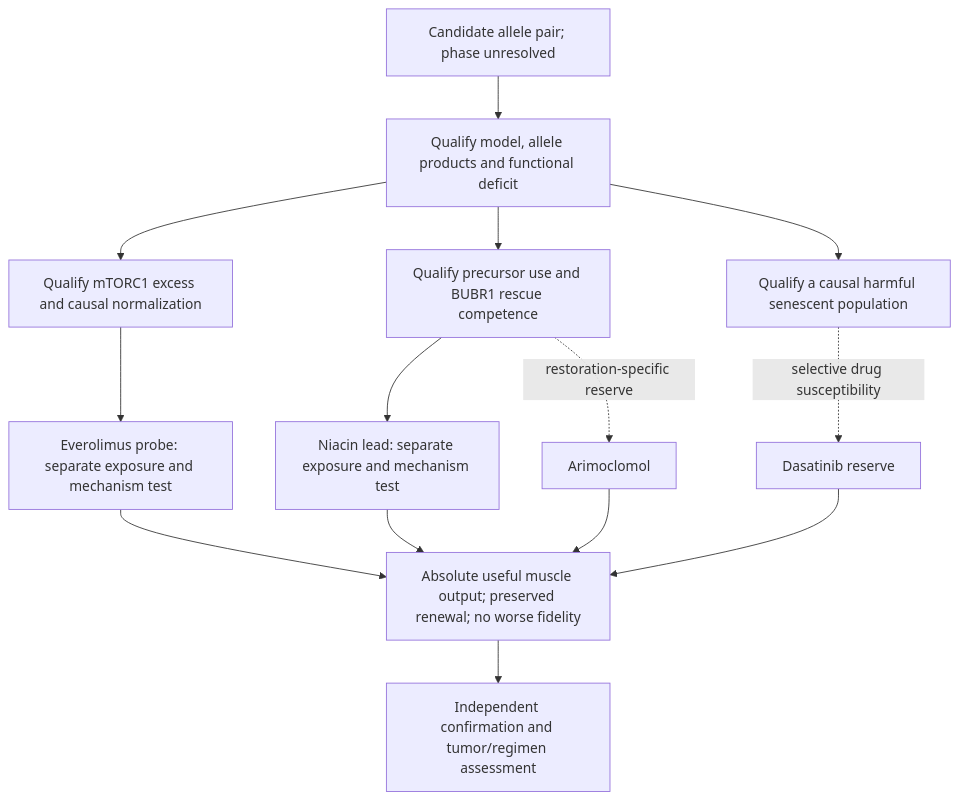
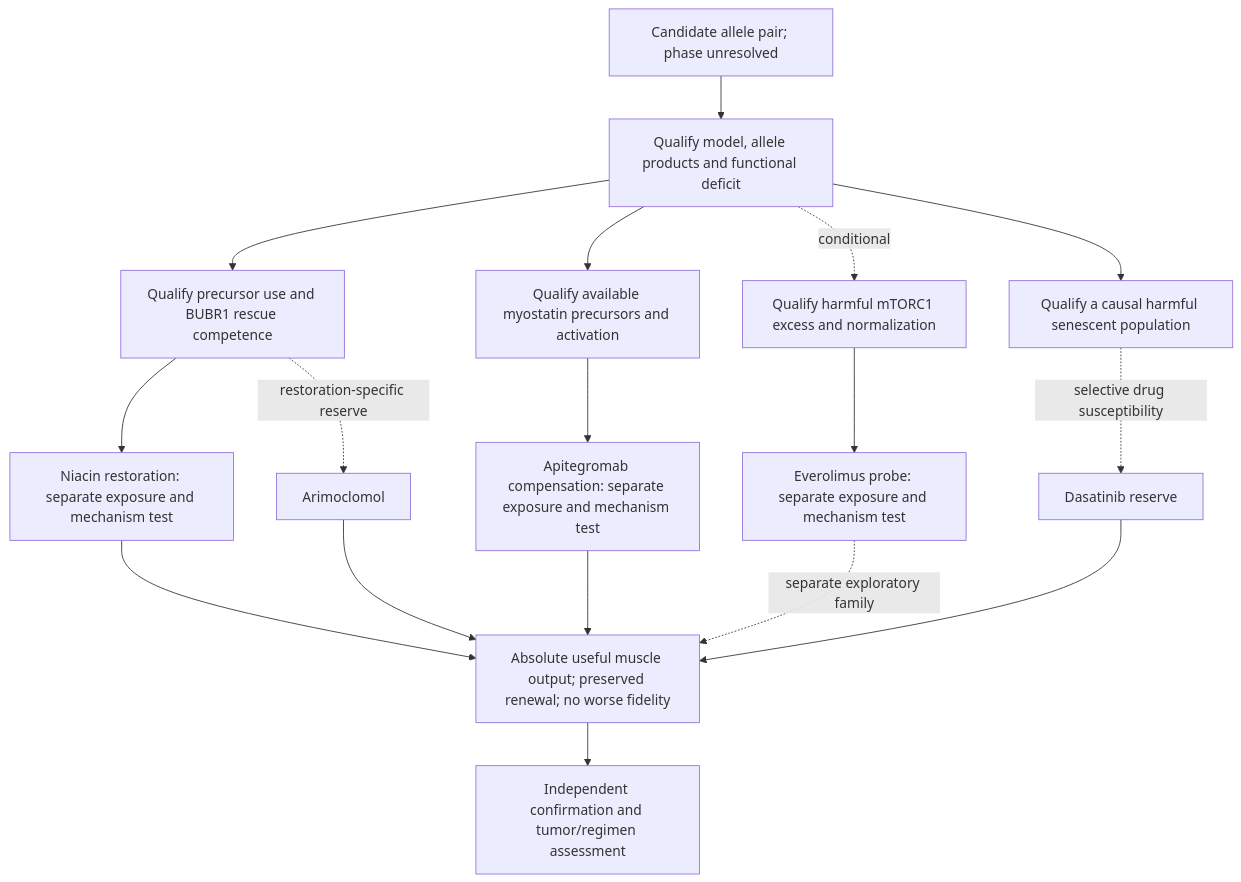
One commit to EternaPeptix/mva-hackathon changed the diagram in reports/appendices/track2-evidence-pipeline.md. Above: the diagram before and after it, drawn with Mermaid. The commit also changed other lines of this file and 16 other files, not shown here.

````diff
--- a/reports/appendices/track2-evidence-pipeline.md
+++ b/reports/appendices/track2-evidence-pipeline.md
@@ -55,16 +62,19 @@
 ```mermaid
 flowchart TD
     G[Candidate allele pair; phase unresolved] --> A[Qualify model, allele products and functional deficit]
     A --> R[Qualify precursor use and BUBR1 rescue competence]
-    A --> M[Qualify mTORC1 excess and causal normalization]
+    A --> P[Qualify available myostatin precursors and activation]
+    A -. conditional .-> M[Qualify harmful mTORC1 excess and normalization]
     A --> Q[Qualify a causal harmful senescent population]
-    R --> N[Niacin lead: separate exposure and mechanism test]
+    R --> N[Niacin restoration: separate exposure and mechanism test]
+    P --> D[Apitegromab compensation: separate exposure and mechanism test]
     M --> E[Everolimus probe: separate exposure and mechanism test]
-    E --> F[Absolute useful muscle output; preserved renewal; no worse fidelity]
+    E -. separate exploratory family .-> F[Absolute useful muscle output; preserved renewal; no worse fidelity]
     N --> F
+    D --> F
     F --> C[Independent confirmation and tumor/regimen assessment]
     R -. restoration-specific reserve .-> H[Arimoclomol]
     Q -. selective drug susceptibility .-> S[Dasatinib reserve]
     H --> F
     S --> F
 ```
````
